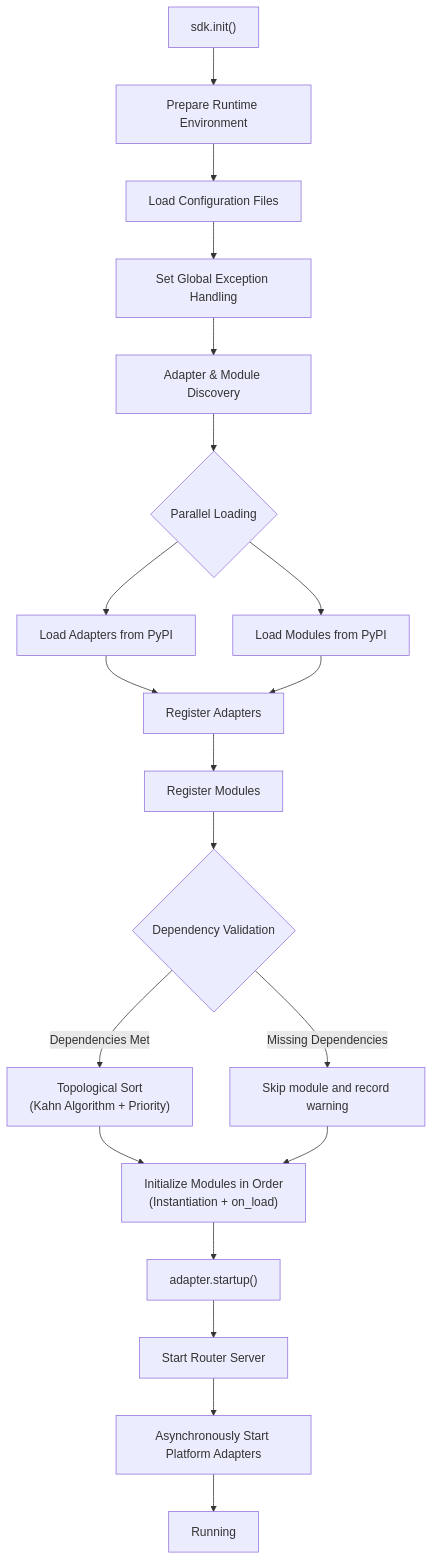
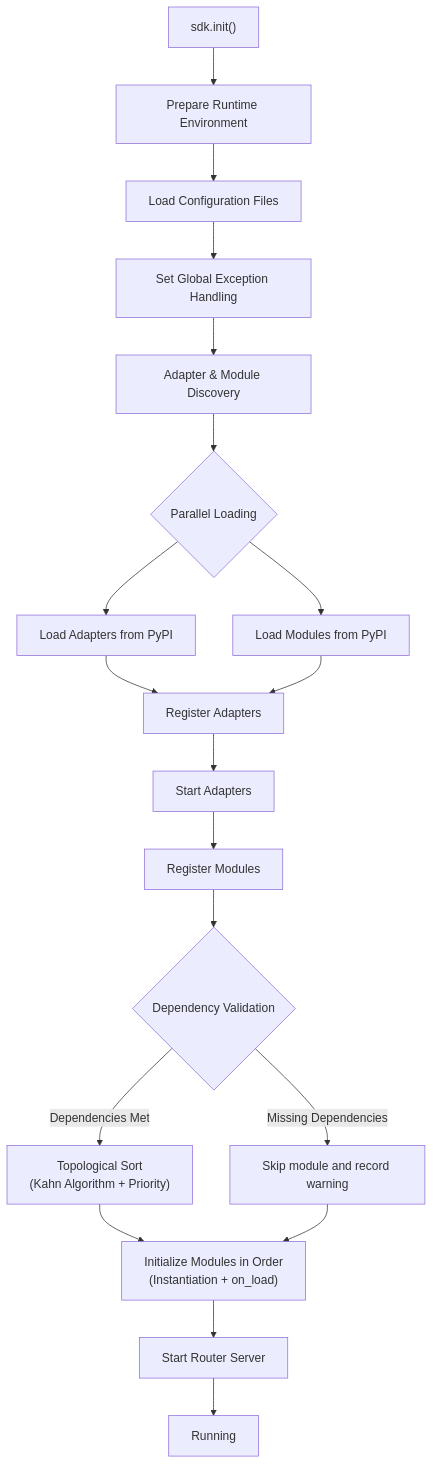
The second of 5 diagrams in docs/en/architecture.md (ErisPulse/ErisPulse), drawn with Mermaid before and after one commit. The commit also changed other lines of this file and 24 other files, not shown here.

````diff
--- a/docs/en/architecture.md
+++ b/docs/en/architecture.md
@@ -60,21 +60,20 @@
 ```mermaid
 flowchart TD
     A["sdk.init()"] --> B["Prepare Runtime Environment"]
     B --> B1["Load Configuration Files"]
     B1 --> B2["Set Global Exception Handling"]
     B2 --> C["Adapter & Module Discovery"]
     C --> D{"Parallel Loading"}
     D --> D1["Load Adapters from PyPI"]
     D --> D2["Load Modules from PyPI"]
     D1 & D2 --> E["Register Adapters"]
-    E --> F["Register Modules"]
+    E --> E1["Start Adapters"]
+    E1 --> F["Register Modules"]
     F --> F1{"Dependency Validation"}
     F1 -->|"Missing Dependencies"| F2["Skip module and record warning"]
     F1 -->|"Dependencies Met"| F3["Topological Sort<br/> (Kahn Algorithm + Priority)"]
     F3 --> G["Initialize Modules in Order<br/> (Instantiation + on_load)"]
     F2 --> G
-    G --> H["adapter.startup()"]
-    H --> I["Start Router Server"]
-    I --> J["Asynchronously Start Platform Adapters"]
-    J --> K["Running"]
+    G --> H["Start Router Server"]
+    H --> K["Running"]
 ```
````
